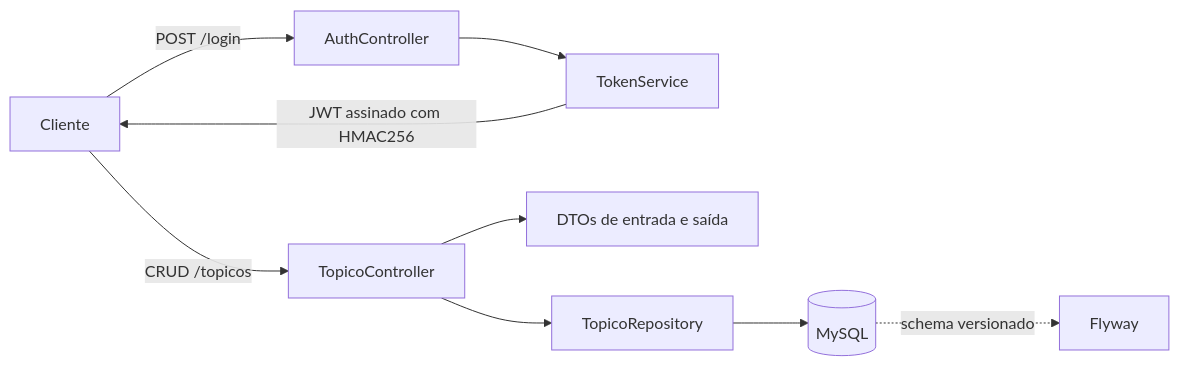
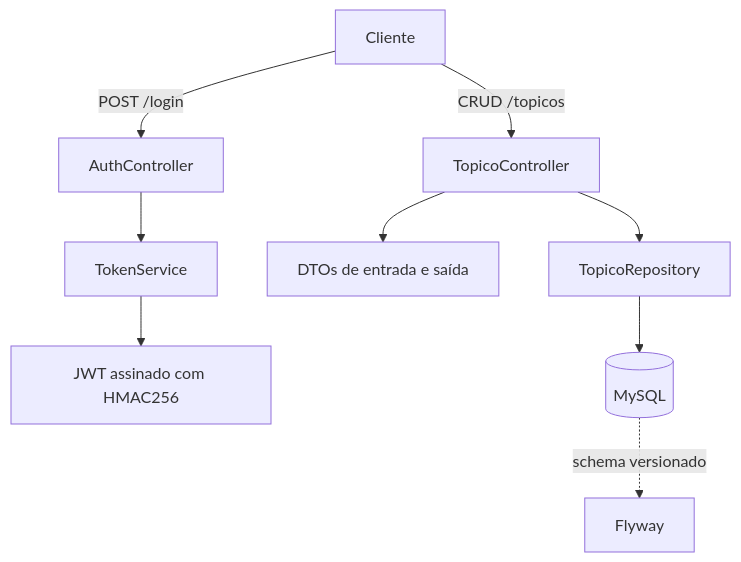
Before and after one commit to GilvamOliveira/forumhub: the diagram in CASE_STUDY.md, drawn with Mermaid.

Commit message:
docs: simplify architecture diagram

````diff
--- a/CASE_STUDY.md
+++ b/CASE_STUDY.md
@@ -29,11 +29,11 @@
 ```mermaid
-flowchart LR
+flowchart TD
   C["Cliente"] -->|"POST /login"| A["AuthController"]
   A --> T["TokenService"]
-  T -->|"JWT assinado com HMAC256"| C
+  T --> J["JWT assinado com HMAC256"]
   C -->|"CRUD /topicos"| H["TopicoController"]
   H --> D["DTOs de entrada e saída"]
   H --> R["TopicoRepository"]
   R --> DB[("MySQL")]
   DB -.->|"schema versionado"| F["Flyway"]
 ```
````
